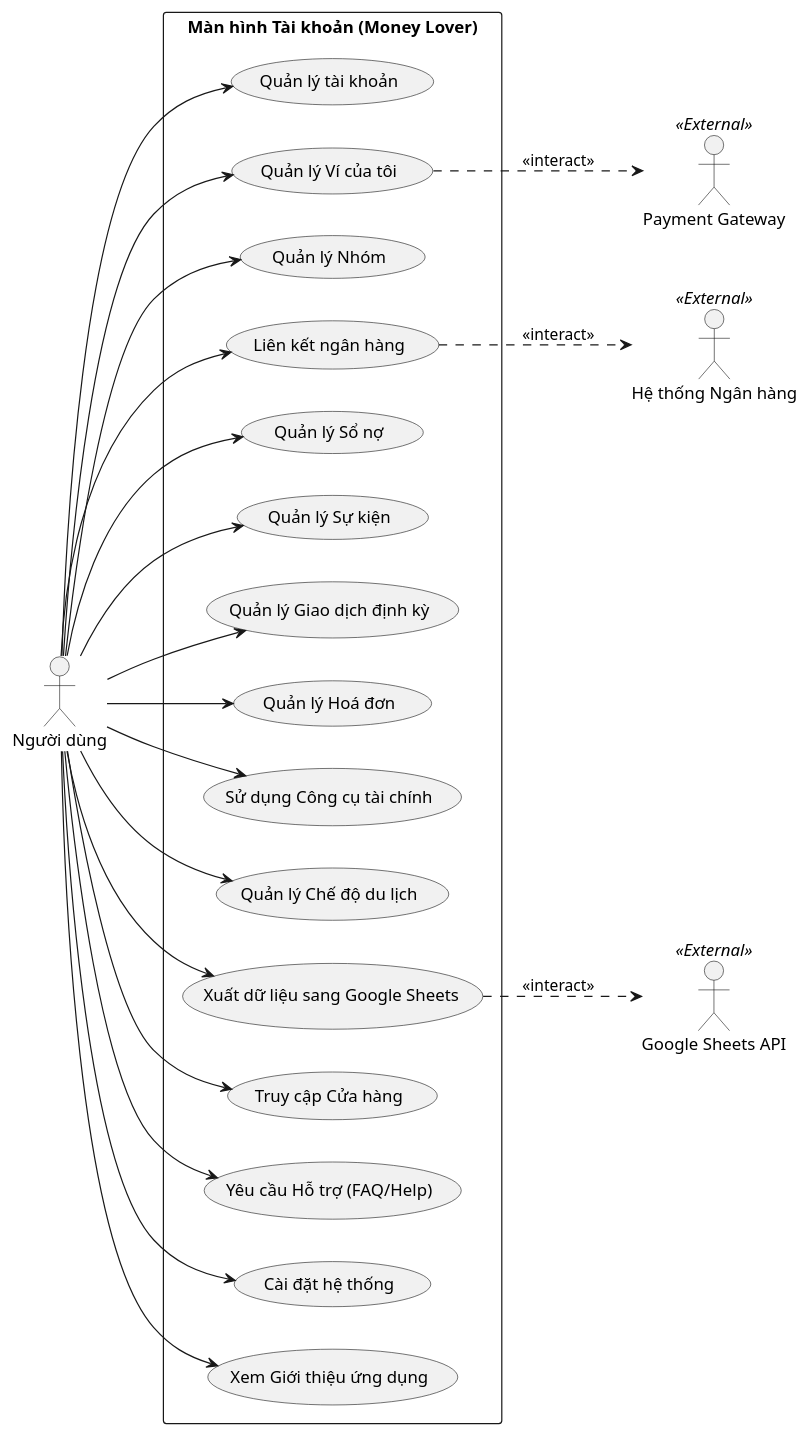
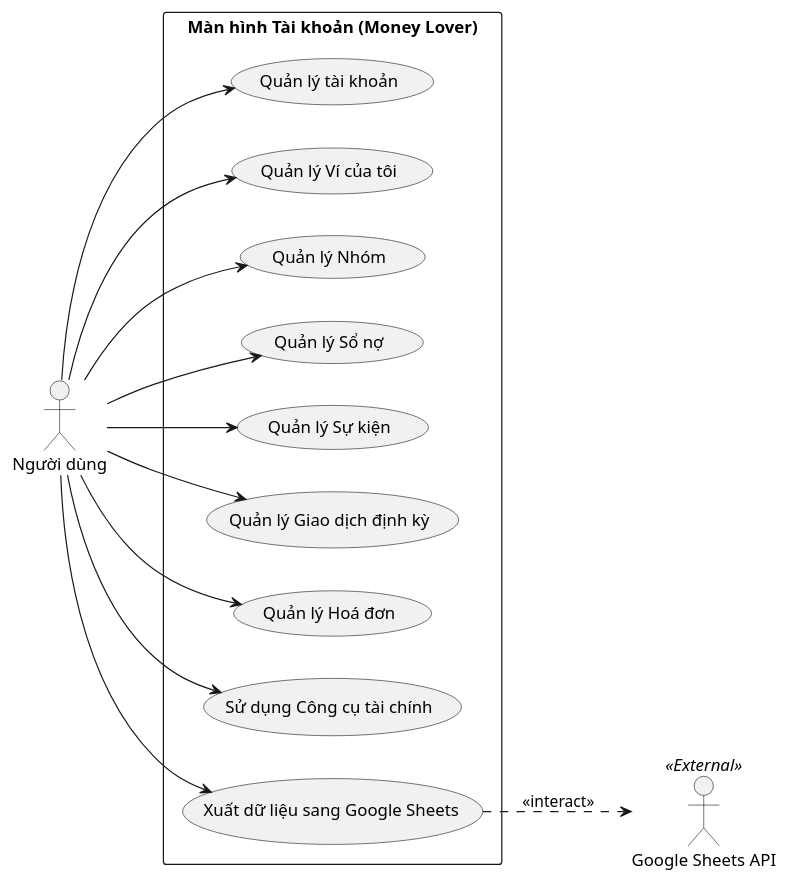
The diagram in account/tai-khoan.puml (NhanItJAVA1/Planpuml-UML), drawn with PlantUML before and after one commit.

Commit message:
temp account

```diff
--- a/account/tai-khoan.puml
+++ b/account/tai-khoan.puml
@@ -1,58 +1,58 @@
 @startuml
 left to right direction
 skinparam packageStyle rectangle
 
 actor "Người dùng" as User
 
-actor "Payment Gateway" as PaymentGateway <<External>>
-actor "Hệ thống Ngân hàng" as BankSystem <<External>>
+' actor "Payment Gateway" as PaymentGateway <<External>>
+' actor "Hệ thống Ngân hàng" as BankSystem <<External>>
 actor "Google Sheets API" as GoogleAPI <<External>>
 
 rectangle "Màn hình Tài khoản (Money Lover)" {
     ' Nhóm Quản lý tài khoản & Gói cước
     usecase "Quản lý tài khoản" as UC1
 
     ' Nhóm Quản lý tài chính & Ví
     usecase "Quản lý Ví của tôi" as UC2
     usecase "Quản lý Nhóm" as UC3
-    usecase "Liên kết ngân hàng" as UC4
+        ' usecase "Liên kết ngân hàng" as UC4
     usecase "Quản lý Sổ nợ" as UC5
 
     ' Nhóm Tiện ích & Theo dõi nâng cao
     usecase "Quản lý Sự kiện" as UC6
     usecase "Quản lý Giao dịch định kỳ" as UC7
     usecase "Quản lý Hoá đơn" as UC8
     usecase "Sử dụng Công cụ tài chính" as UC9
-    usecase "Quản lý Chế độ du lịch" as UC10
+    ' usecase "Quản lý Chế độ du lịch" as UC10
     usecase "Xuất dữ liệu sang Google Sheets" as UC11
 
-    ' Nhóm Khám phá, Hỗ trợ & Hệ thống
-    usecase "Truy cập Cửa hàng" as UC12
-    usecase "Yêu cầu Hỗ trợ (FAQ/Help)" as UC13
-    usecase "Cài đặt hệ thống" as UC14
-    usecase "Xem Giới thiệu ứng dụng" as UC15
+    ' ' Nhóm Khám phá, Hỗ trợ & Hệ thống
+    ' usecase "Truy cập Cửa hàng" as UC12
+    ' usecase "Yêu cầu Hỗ trợ (FAQ/Help)" as UC13
+    ' usecase "Cài đặt hệ thống" as UC14
+    ' usecase "Xem Giới thiệu ứng dụng" as UC15
 }
 
 ' Kết nối Actor chính với Use Cases
 User --> UC1
 User --> UC2
 User --> UC3
-User --> UC4
+' User --> UC4
 User --> UC5
 User --> UC6
 User --> UC7
 User --> UC8
 User --> UC9
-User --> UC10
+' User --> UC10
 User --> UC11
-User --> UC12
-User --> UC13
-User --> UC14
-User --> UC15
+' User --> UC12
+' User --> UC13
+' User --> UC14
+' User --> UC15
 
 ' Tương tác với Hệ thống bên ngoài (External Systems)
-UC2 ..> PaymentGateway : <<interact>>
-UC4 ..> BankSystem : <<interact>>
+' UC2 ..> PaymentGateway : <<interact>>
+' UC4 ..> BankSystem : <<interact>>
 UC11 ..> GoogleAPI : <<interact>>
 
 @enduml
```
